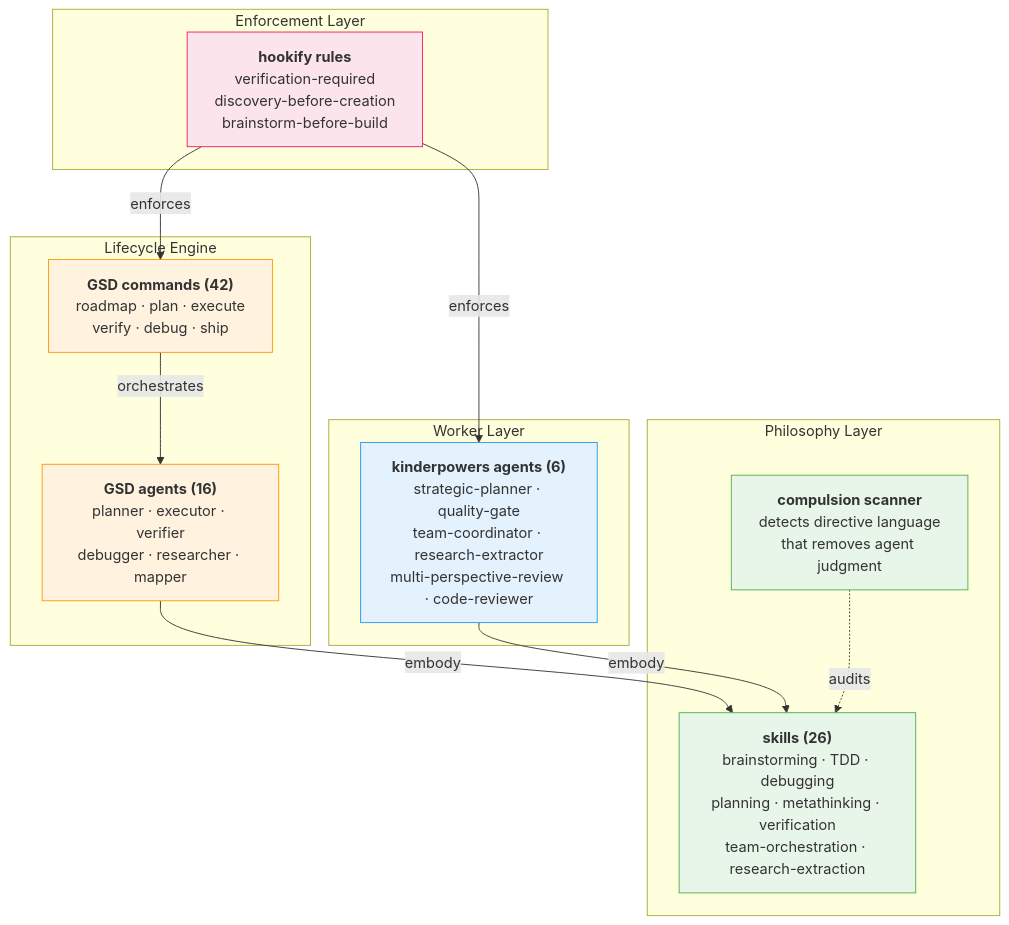
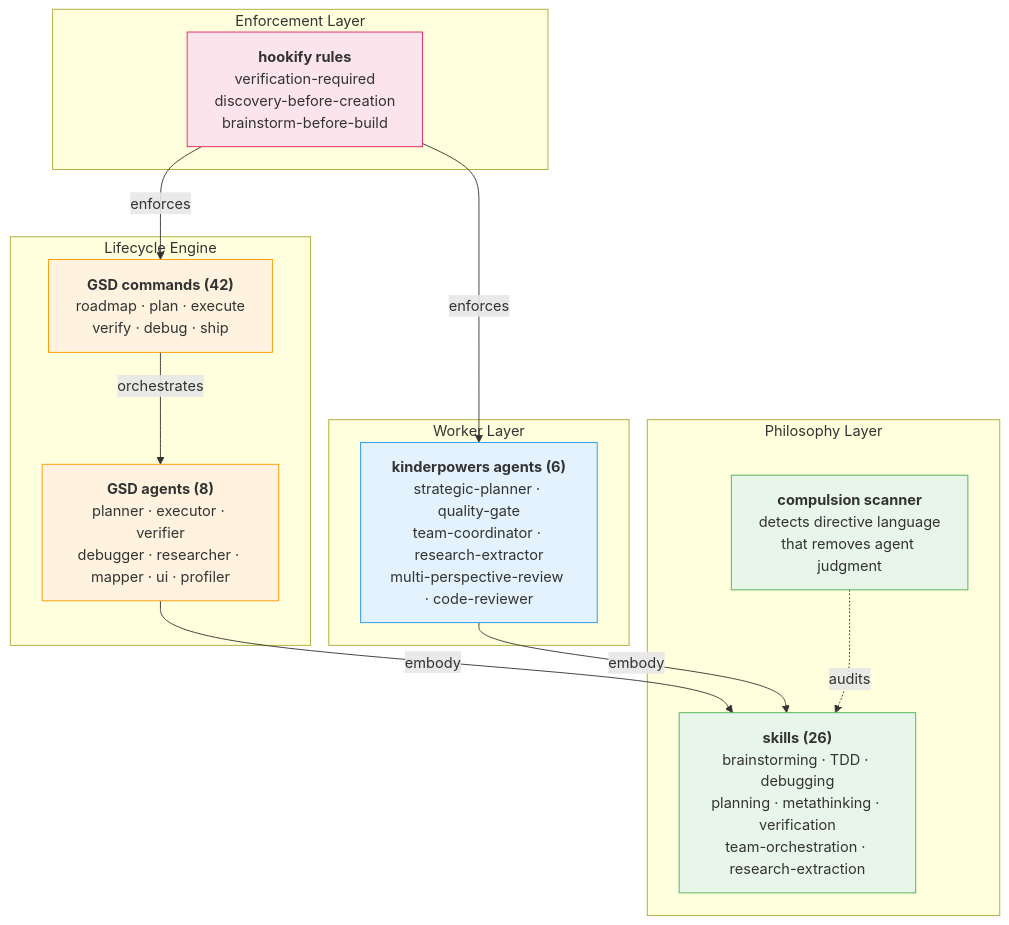
The second of 2 diagrams in README.md (jw409/kinderpowers), drawn with Mermaid before and after one commit. The commit also changed other lines of this file, not shown here.

````diff
--- a/README.md
+++ b/README.md
@@ -529,34 +526,34 @@
 ```mermaid
 graph TB
     subgraph "Enforcement Layer"
         hookify["<b>hookify rules</b><br/>verification-required<br/>discovery-before-creation<br/>brainstorm-before-build"]
     end
 
     subgraph "Lifecycle Engine"
         gsd_cmds["<b>GSD commands (42)</b><br/>roadmap · plan · execute<br/>verify · debug · ship"]
-        gsd_agents["<b>GSD agents (16)</b><br/>planner · executor · verifier<br/>debugger · researcher · mapper"]
+        gsd_agents["<b>GSD agents (8)</b><br/>planner · executor · verifier<br/>debugger · researcher · mapper · ui · profiler"]
     end
 
     subgraph "Worker Layer"
         kp_agents["<b>kinderpowers agents (6)</b><br/>strategic-planner · quality-gate<br/>team-coordinator · research-extractor<br/>multi-perspective-review · code-reviewer"]
     end
 
     subgraph "Philosophy Layer"
         skills["<b>skills (26)</b><br/>brainstorming · TDD · debugging<br/>planning · metathinking · verification<br/>team-orchestration · research-extraction"]
         scanner["<b>compulsion scanner</b><br/>detects directive language<br/>that removes agent judgment"]
     end
 
     hookify -->|"enforces"| gsd_cmds
     hookify -->|"enforces"| kp_agents
     gsd_cmds -->|"orchestrates"| gsd_agents
     gsd_agents -->|"embody"| skills
     kp_agents -->|"embody"| skills
     scanner -.->|"audits"| skills
 
     style hookify fill:#fce4ec,stroke:#e91e63
     style gsd_cmds fill:#fff3e0,stroke:#ff9800
     style gsd_agents fill:#fff3e0,stroke:#ff9800
     style kp_agents fill:#e3f2fd,stroke:#2196f3
     style skills fill:#e8f5e9,stroke:#4caf50
     style scanner fill:#e8f5e9,stroke:#4caf50
 ```
````
